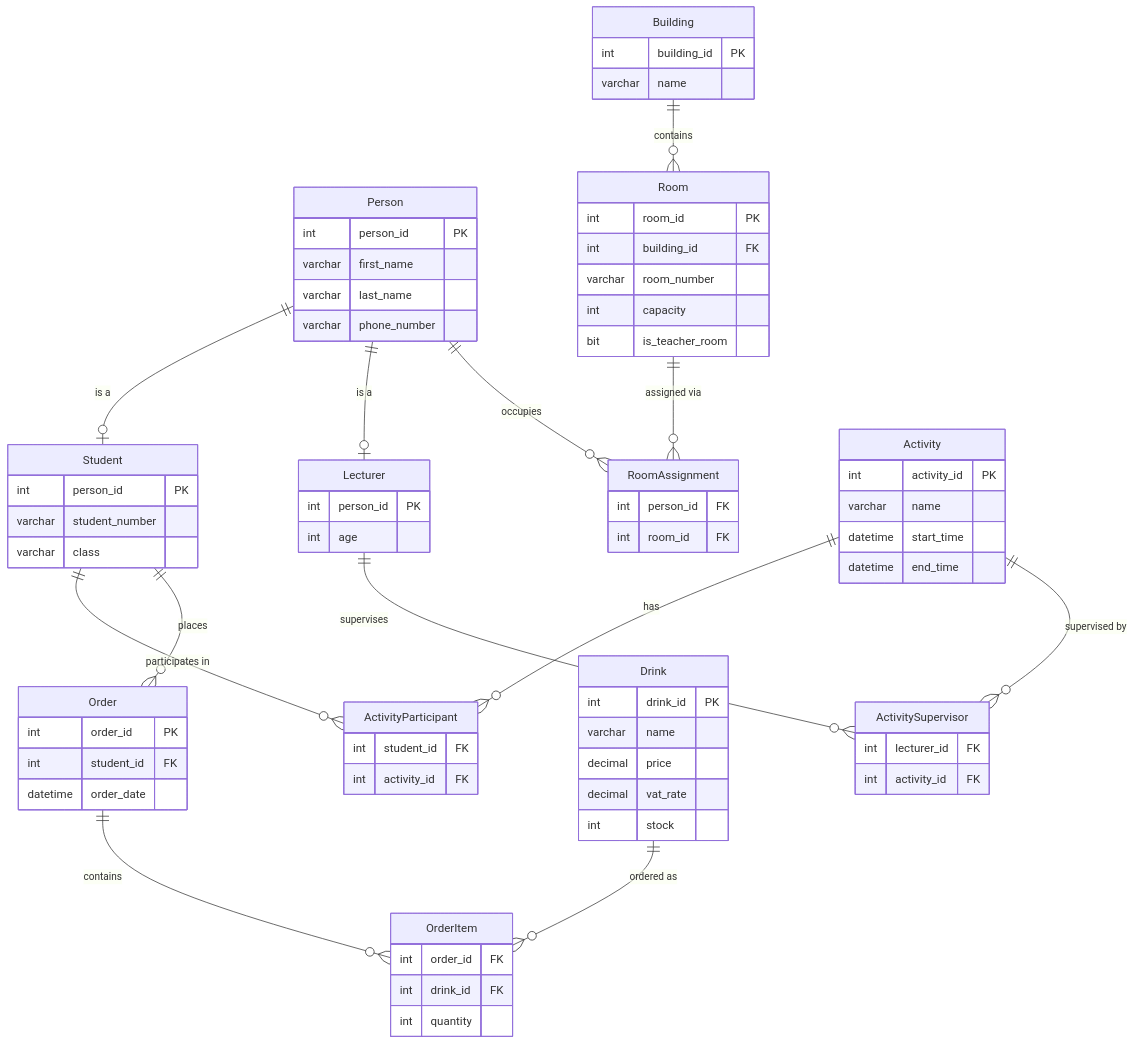
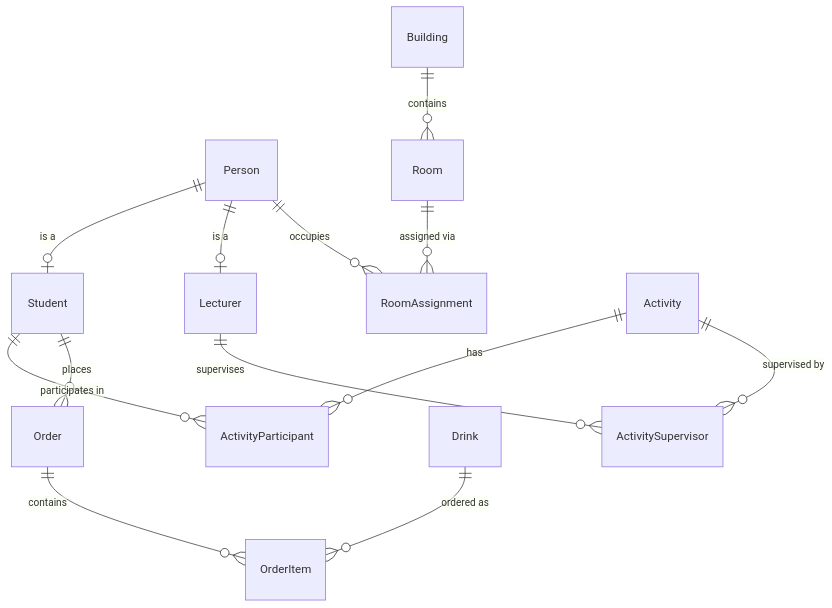
One commit to Marnixdejong/Project-Databases changed the diagram in diagrams/erd.mmd. Above: the diagram before and after it, drawn with Mermaid. The commit also changed 1 other file, not shown here.

Commit message:
Remove attributes from ERD entity boxes and add attribute table in section 2.3

```diff
--- a/diagrams/erd.mmd
+++ b/diagrams/erd.mmd
@@ -1,75 +1,26 @@
 erDiagram
-    Person {
-        int person_id PK
-        varchar first_name
-        varchar last_name
-        varchar phone_number
-    }
-    Student {
-        int person_id PK
-        varchar student_number
-        varchar class
-    }
-    Lecturer {
-        int person_id PK
-        int age
-    }
-    Building {
-        int building_id PK
-        varchar name
-    }
-    Room {
-        int room_id PK
-        int building_id FK
-        varchar room_number
-        int capacity
-        bit is_teacher_room
-    }
-    RoomAssignment {
-        int person_id FK
-        int room_id FK
-    }
-    Activity {
-        int activity_id PK
-        varchar name
-        datetime start_time
-        datetime end_time
-    }
-    ActivityParticipant {
-        int student_id FK
-        int activity_id FK
-    }
-    ActivitySupervisor {
-        int lecturer_id FK
-        int activity_id FK
-    }
-    Drink {
-        int drink_id PK
-        varchar name
-        decimal price
-        decimal vat_rate
-        int stock
-    }
-    Order {
-        int order_id PK
-        int student_id FK
-        datetime order_date
-    }
-    OrderItem {
-        int order_id FK
-        int drink_id FK
-        int quantity
-    }
+    Person
+    Student
+    Lecturer
+    Building
+    Room
+    RoomAssignment
+    Activity
+    ActivityParticipant
+    ActivitySupervisor
+    Drink
+    Order
+    OrderItem
 
     Person ||--o| Student : "is a"
     Person ||--o| Lecturer : "is a"
     Building ||--o{ Room : "contains"
     Room ||--o{ RoomAssignment : "assigned via"
     Person ||--o{ RoomAssignment : "occupies"
     Activity ||--o{ ActivityParticipant : "has"
     Student ||--o{ ActivityParticipant : "participates in"
     Activity ||--o{ ActivitySupervisor : "supervised by"
     Lecturer ||--o{ ActivitySupervisor : "supervises"
     Student ||--o{ Order : "places"
     Order ||--o{ OrderItem : "contains"
     Drink ||--o{ OrderItem : "ordered as"
```
